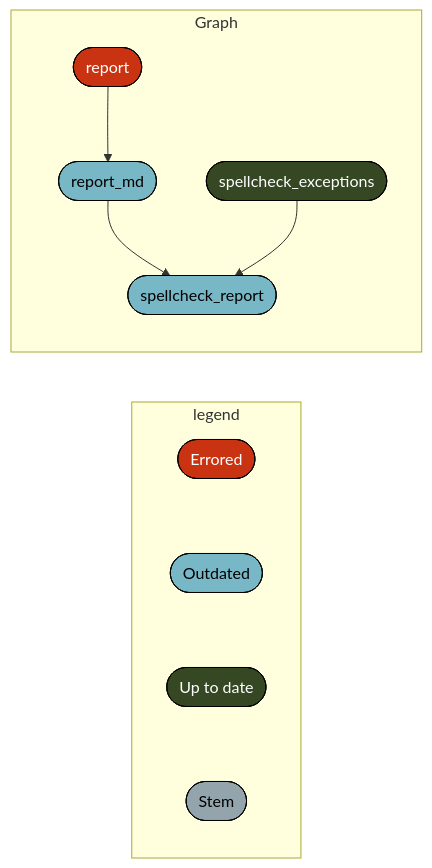
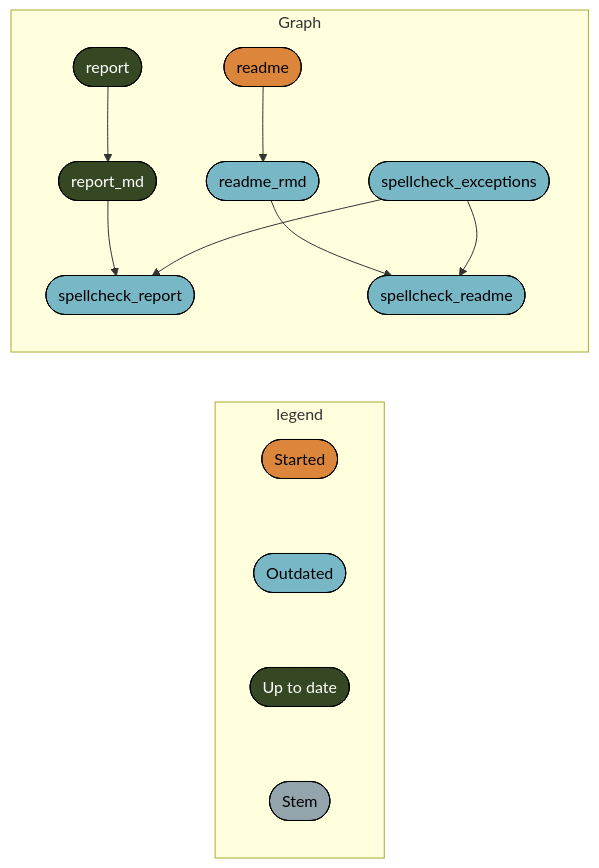
Before and after one commit to crsh/bf-defprit: the diagram in README.md, drawn with Mermaid. The commit also changed other lines of this file and 27 other files, not shown here.

Commit message:
Fixes redundant mermaid files in README and add it to pipeline.

````diff
--- a/README.md
+++ b/README.md
@@ -72,20 +277,23 @@
 ``` mermaid
 graph LR
   subgraph legend
-    x4b0c520b8bc07c5b([""Errored""]):::errored --- x0a52b03877696646([""Outdated""]):::outdated
+    x5b3426b4c7fa7dbc([""Started""]):::started --- x0a52b03877696646([""Outdated""]):::outdated
     x0a52b03877696646([""Outdated""]):::outdated --- x7420bd9270f8d27d([""Up to date""]):::uptodate
     x7420bd9270f8d27d([""Up to date""]):::uptodate --- xbf4603d6c2c2ad6b([""Stem""]):::none
   end
   subgraph Graph
-    x318ca994c4bb593a(["report_md"]):::outdated --> xe6fb6b2c93ead02c(["spellcheck_report"]):::outdated
-    x4ffa27198e787466(["spellcheck_exceptions"]):::uptodate --> xe6fb6b2c93ead02c(["spellcheck_report"]):::outdated
-    xe0fba61fbc506510(["report"]):::errored --> x318ca994c4bb593a(["report_md"]):::outdated
+    x6e52cb0f1668cc22(["readme"]):::started --> x5a4cc06fc4a3b7ee(["readme_rmd"]):::outdated
+    x318ca994c4bb593a(["report_md"]):::uptodate --> xe6fb6b2c93ead02c(["spellcheck_report"]):::outdated
+    x4ffa27198e787466(["spellcheck_exceptions"]):::outdated --> xe6fb6b2c93ead02c(["spellcheck_report"]):::outdated
+    x5a4cc06fc4a3b7ee(["readme_rmd"]):::outdated --> xf1a660a3e2076bea(["spellcheck_readme"]):::outdated
+    x4ffa27198e787466(["spellcheck_exceptions"]):::outdated --> xf1a660a3e2076bea(["spellcheck_readme"]):::outdated
+    xe0fba61fbc506510(["report"]):::uptodate --> x318ca994c4bb593a(["report_md"]):::uptodate
   end
-  classDef errored stroke:#000000,color:#ffffff,fill:#C93312;
+  classDef started stroke:#000000,color:#000000,fill:#DC863B;
   classDef outdated stroke:#000000,color:#000000,fill:#78B7C5;
   classDef uptodate stroke:#000000,color:#ffffff,fill:#354823;
   classDef none stroke:#000000,color:#000000,fill:#94a4ac;
   linkStyle 0 stroke-width:0px;
   linkStyle 1 stroke-width:0px;
   linkStyle 2 stroke-width:0px;
 ```
````
